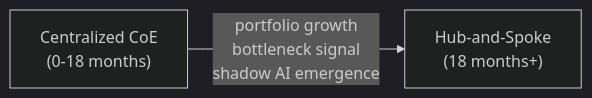
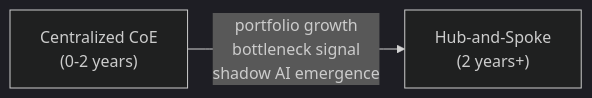
Before and after one commit to sunilp/enterprise-ai: the fourth of 5 diagrams in content/operating-model/structural-models.md, drawn with Mermaid (dark theme). The commit also changed other lines of this file and 40 other files, not shown here.

````diff
--- a/content/operating-model/structural-models.md
+++ b/content/operating-model/structural-models.md
@@ -168,6 +168,6 @@
 ```mermaid
 graph LR
-    A["Centralized CoE\n(0-18 months)"]
-    B["Hub-and-Spoke\n(18 months+)"]
+    A["Centralized CoE\n(0-2 years)"]
+    B["Hub-and-Spoke\n(2 years+)"]
     A -- "portfolio growth\nbottleneck signal\nshadow AI emergence" --> B
 ```
````
